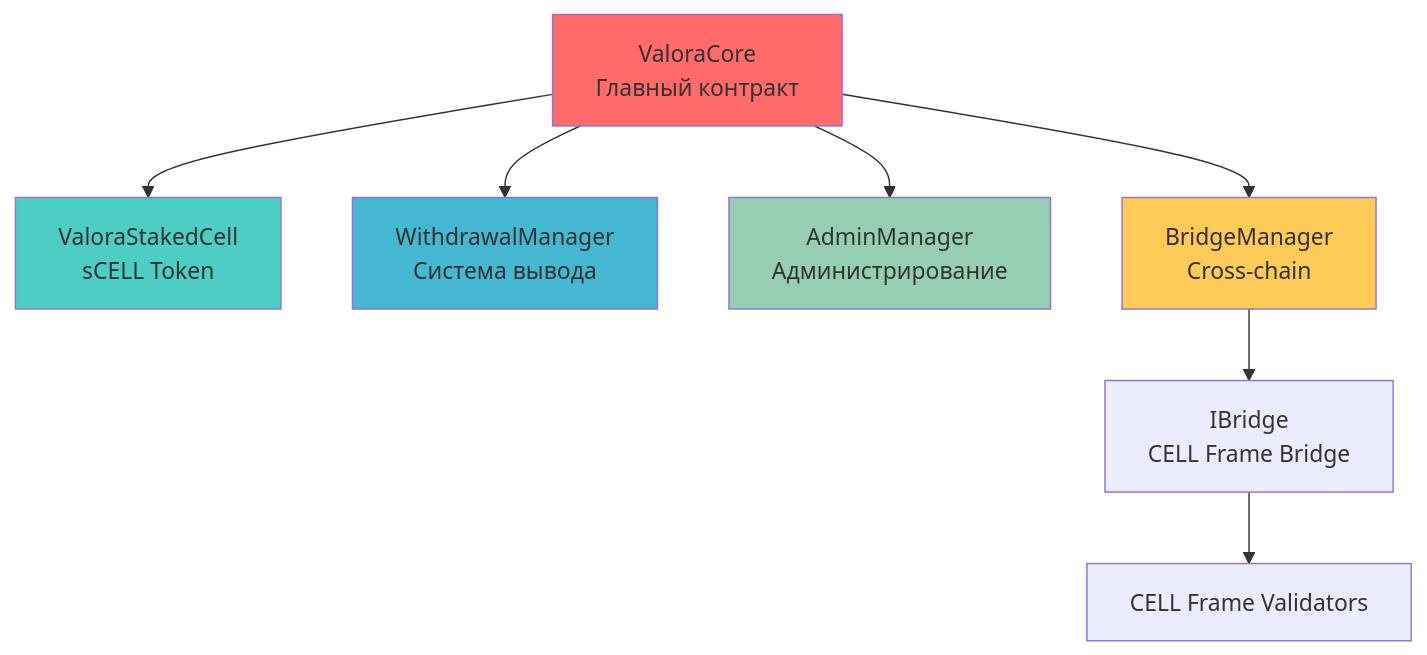
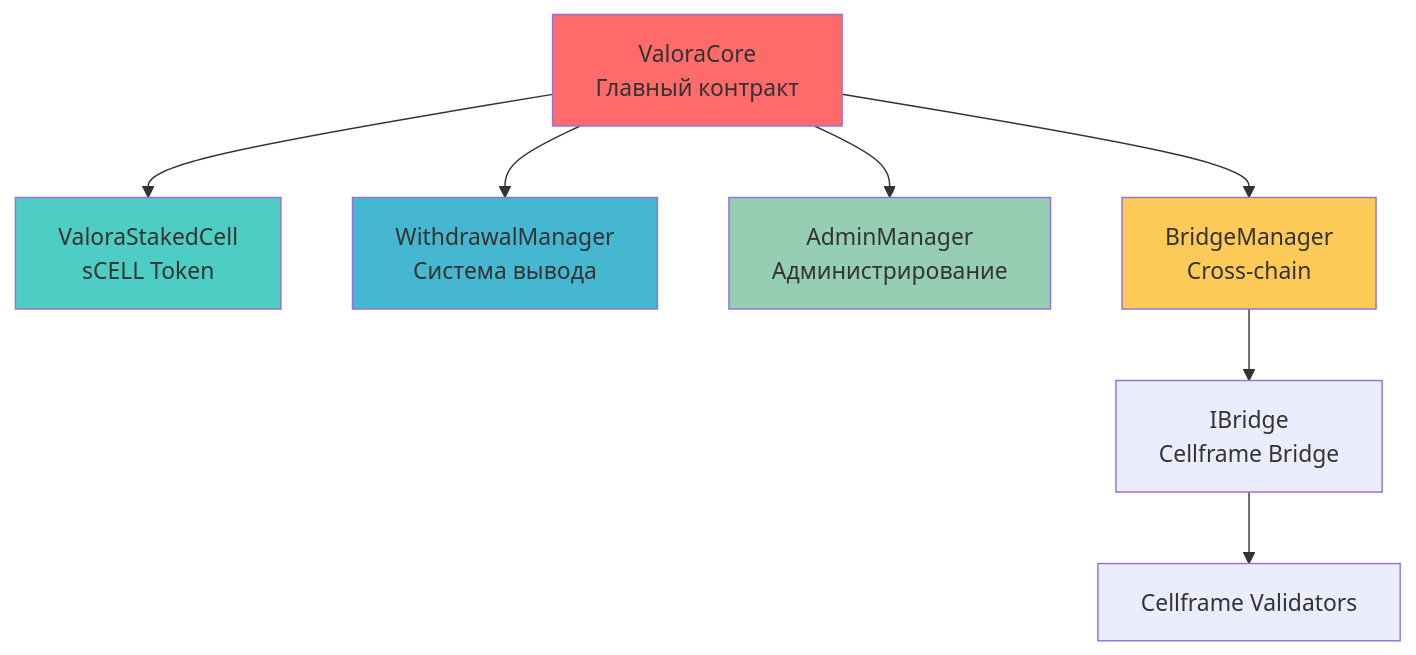
Before and after one commit to ValoraFinance/restaking: the diagram in README.md, drawn with Mermaid. The commit also changed other lines of this file, not shown here.

````diff
--- a/README.md
+++ b/README.md
@@ -79,15 +79,15 @@
 ```mermaid
 graph TB
     A[ValoraCore<br/>Главный контракт] --> B[ValoraStakedCell<br/>sCELL Token]
     A --> C[WithdrawalManager<br/>Система вывода]
     A --> D[AdminManager<br/>Администрирование] 
     A --> E[BridgeManager<br/>Cross-chain]
-    E --> F[IBridge<br/>CELL Frame Bridge]
-    F --> G[CELL Frame Validators]
+    E --> F[IBridge<br/>Cellframe Bridge]
+    F --> G[Cellframe Validators]
     
     style A fill:#ff6b6b
     style B fill:#4ecdc4
     style C fill:#45b7d1
     style D fill:#96ceb4
     style E fill:#feca57
 ```
````
